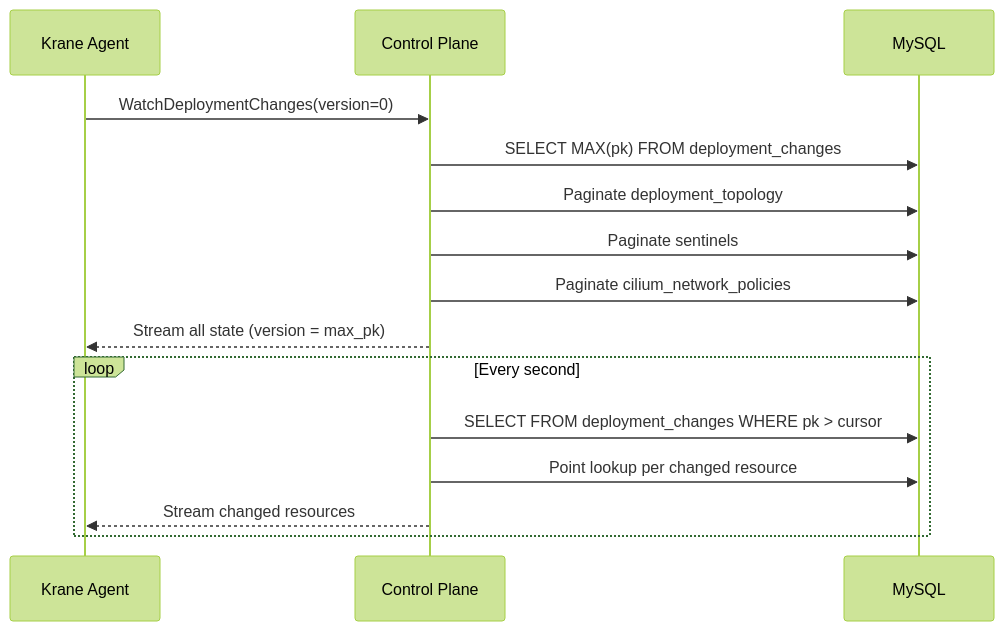
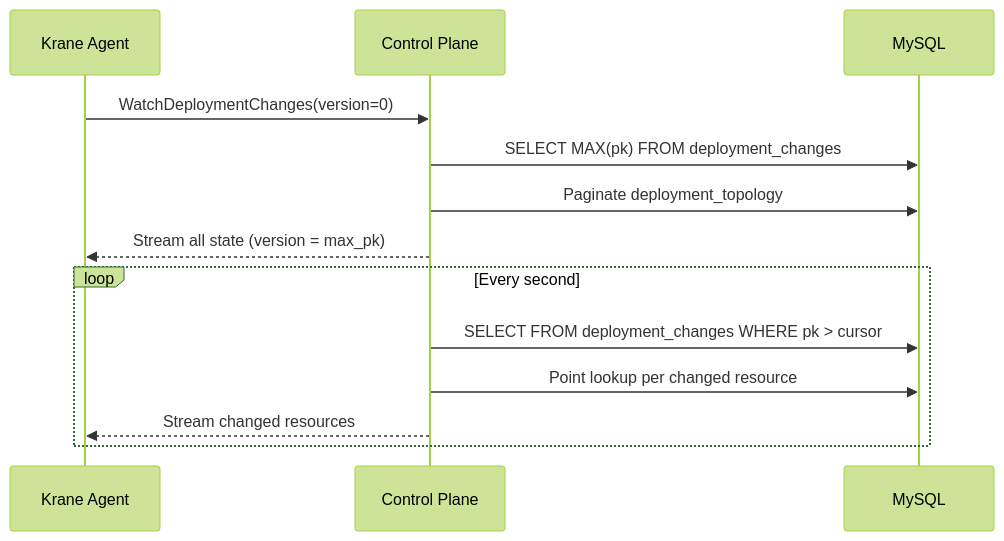
Before and after one commit to unkeyed/unkey: the diagram in docs/engineering/architecture/services/control-plane/worker/deployment-sync.mdx, drawn with Mermaid (forest theme). The commit also changed other lines of this file and 66 other files, not shown here.

````diff
--- a/docs/engineering/architecture/services/control-plane/worker/deployment-sync.mdx
+++ b/docs/engineering/architecture/services/control-plane/worker/deployment-sync.mdx
@@ -50,19 +50,17 @@
 ```mermaid
 sequenceDiagram
   participant Krane as Krane Agent
   participant Ctrl as Control Plane
   participant DB as MySQL
 
   Krane->>Ctrl: WatchDeploymentChanges(version=0)
   Ctrl->>DB: SELECT MAX(pk) FROM deployment_changes
   Ctrl->>DB: Paginate deployment_topology
-  Ctrl->>DB: Paginate sentinels
-  Ctrl->>DB: Paginate cilium_network_policies
   Ctrl-->>Krane: Stream all state (version = max_pk)
 
   loop Every second
     Ctrl->>DB: SELECT FROM deployment_changes WHERE pk > cursor
     Ctrl->>DB: Point lookup per changed resource
     Ctrl-->>Krane: Stream changed resources
   end
 ```
````
